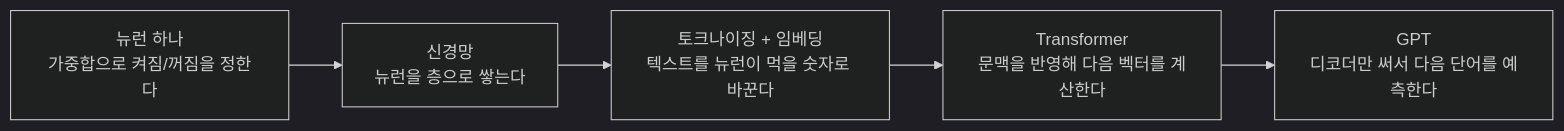
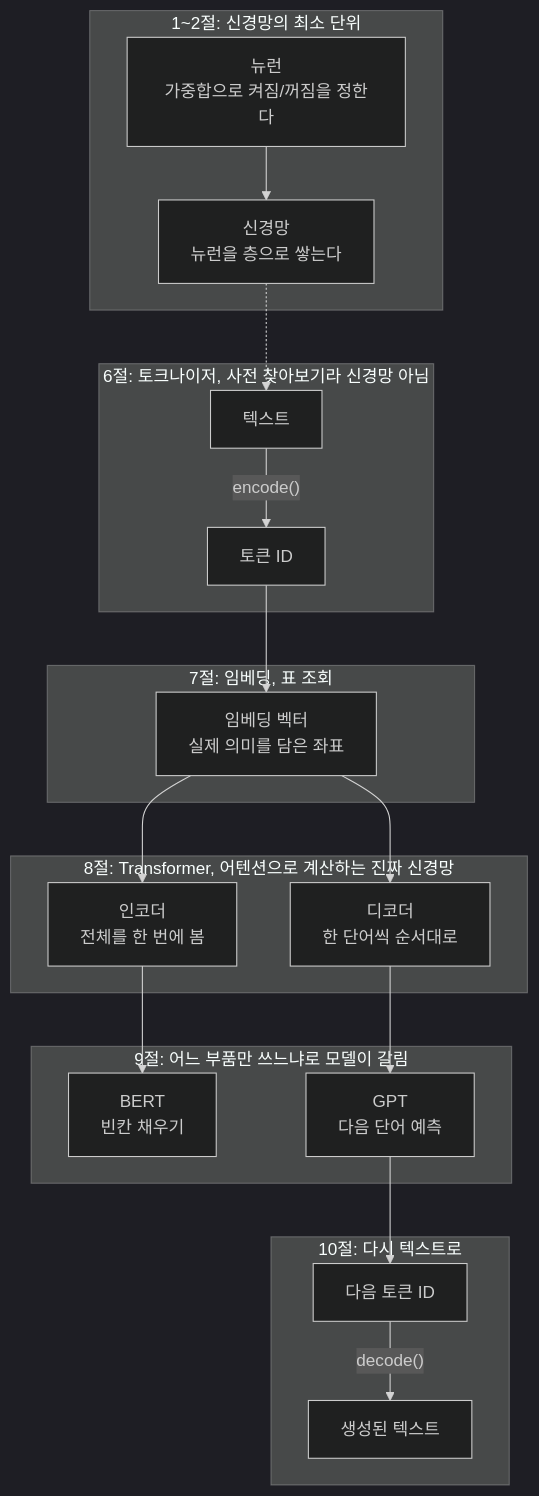
Before and after one commit to K-Diger/k-diger.github.io: the first of 4 diagrams in _posts/2026-09-02-perceptron-linear-separability-llm.md, drawn with Mermaid (dark theme). The commit also changed other lines of this file, not shown here.

Commit message:
docs: 큰 그림을 세부 파이프라인까지 담도록 확장
토크나이저 encode/decode, 토큰 ID, 임베딩, Transformer의 인코더/디코더 분기,
BERT/GPT 갈림길까지 절 번호를 매겨 큰 그림 다이어그램에 전부 반영. 이름이
겹치는 토크나이저 encode/decode와 Transformer 인코더/디코더를 지도 위
서로 다른 칸에 배치해 구분을 시각적으로 못박음.

Claude-Session: https://claude.ai/code/session_0196zTgbTy6H6PipE5gguLck

````diff
--- a/_posts/2026-09-02-perceptron-linear-separability-llm.md
+++ b/_posts/2026-09-02-perceptron-linear-separability-llm.md
@@ -49,7 +49,42 @@
 ```mermaid
-flowchart LR
-    A["뉴런 하나<br/>가중합으로 켜짐/꺼짐을 정한다"] --> B["신경망<br/>뉴런을 층으로 쌓는다"]
-    B --> C["토크나이징 + 임베딩<br/>텍스트를 뉴런이 먹을 숫자로 바꾼다"]
-    C --> D["Transformer<br/>문맥을 반영해 다음 벡터를 계산한다"]
-    D --> E["GPT<br/>디코더만 써서 다음 단어를 예측한다"]
+flowchart TB
+    subgraph S0["1~2절: 신경망의 최소 단위"]
+        N["뉴런<br/>가중합으로 켜짐/꺼짐을 정한다"]
+        NN["신경망<br/>뉴런을 층으로 쌓는다"]
+        N --> NN
+    end
+
+    subgraph S1["6절: 토크나이저, 사전 찾아보기라 신경망 아님"]
+        TXT["텍스트"]
+        TID["토큰 ID"]
+        TXT -- "encode()" --> TID
+    end
+
+    subgraph S2["7절: 임베딩, 표 조회"]
+        VEC["임베딩 벡터<br/>실제 의미를 담은 좌표"]
+    end
+
+    subgraph S3["8절: Transformer, 어텐션으로 계산하는 진짜 신경망"]
+        ENC["인코더<br/>전체를 한 번에 봄"]
+        DEC["디코더<br/>한 단어씩 순서대로"]
+    end
+
+    subgraph S4["9절: 어느 부품만 쓰느냐로 모델이 갈림"]
+        BERT["BERT<br/>빈칸 채우기"]
+        GPT["GPT<br/>다음 단어 예측"]
+    end
+
+    subgraph S5["10절: 다시 텍스트로"]
+        NEXT["다음 토큰 ID"]
+        OUT["생성된 텍스트"]
+        NEXT -- "decode()" --> OUT
+    end
+
+    NN -.-> TXT
+    TID --> VEC
+    VEC --> ENC
+    VEC --> DEC
+    ENC --> BERT
+    DEC --> GPT
+    GPT --> NEXT
 ```
````
